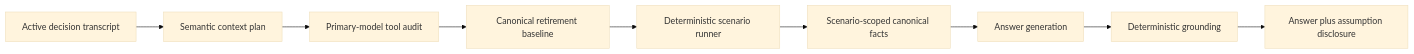
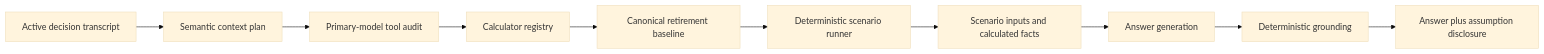
Before and after one commit to ethanteng/finsight: the diagram in docs/SCENARIO_MODELING.md, drawn with Mermaid (base theme). The commit also changed other lines of this file and 25 other files, not shown here.

Commit message:
Add calculator registry and retirement overrides

````diff
--- a/docs/SCENARIO_MODELING.md
+++ b/docs/SCENARIO_MODELING.md
@@ -9,11 +9,12 @@
 ```mermaid
 flowchart LR
     A["Active decision transcript"] --> B["Semantic context plan"]
     B --> C["Primary-model tool audit"]
-    C --> D["Canonical retirement baseline"]
-    D --> E["Deterministic scenario runner"]
-    E --> F["Scenario-scoped canonical facts"]
-    F --> G["Answer generation"]
-    G --> H["Deterministic grounding"]
-    H --> I["Answer plus assumption disclosure"]
+    C --> D["Calculator registry"]
+    D --> E["Canonical retirement baseline"]
+    E --> F["Deterministic scenario runner"]
+    F --> G["Scenario inputs and calculated facts"]
+    G --> H["Answer generation"]
+    H --> I["Deterministic grounding"]
+    I --> J["Answer plus assumption disclosure"]
 ```
````
